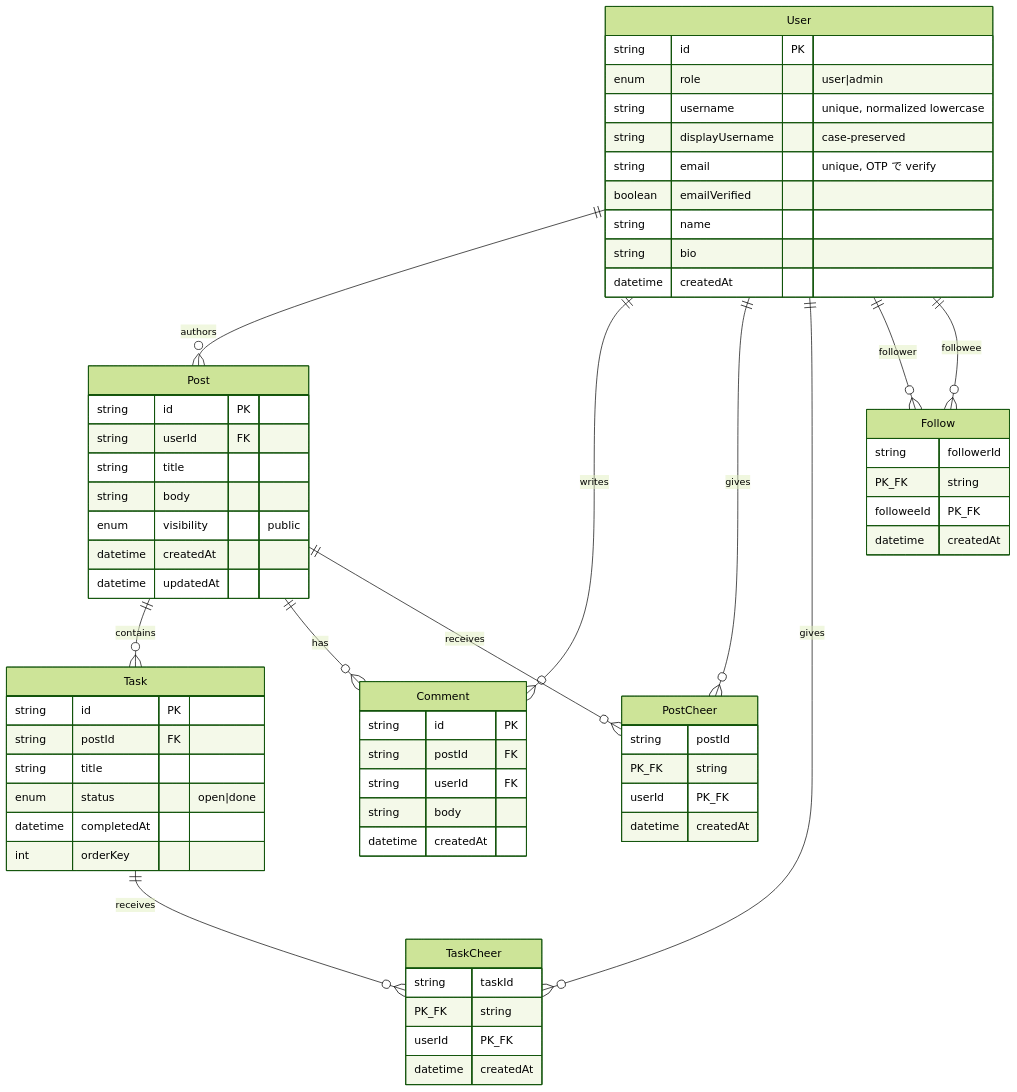
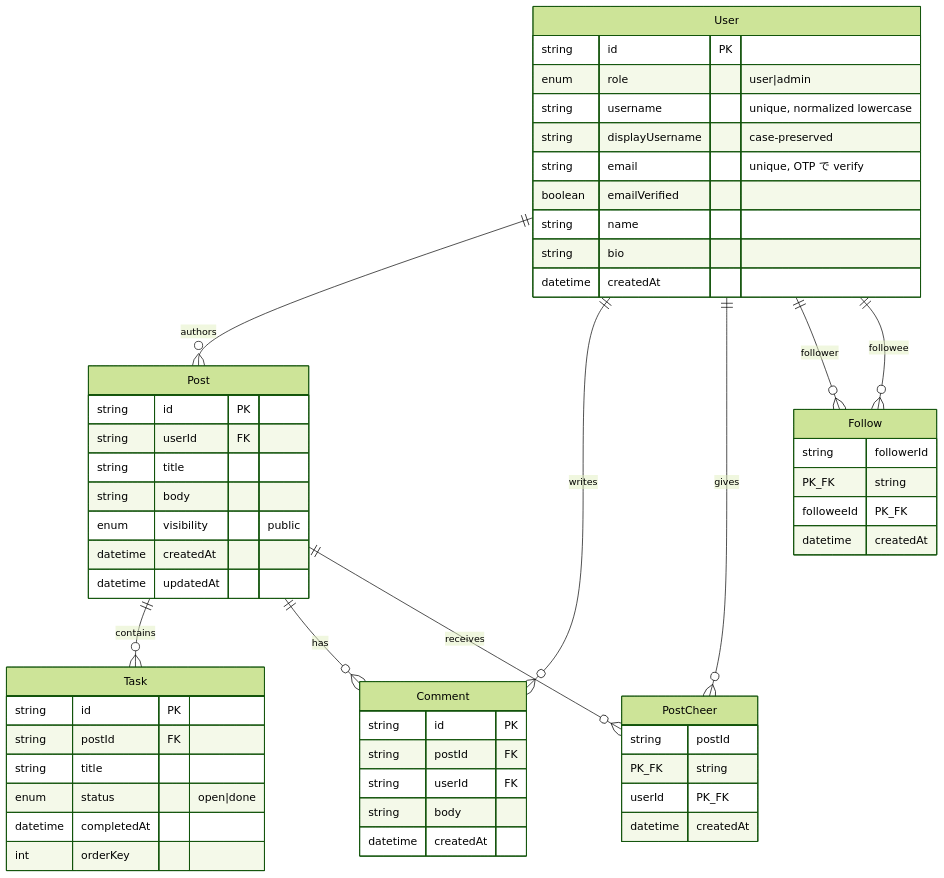
One commit to hwld/evodo-sns changed the second of 2 diagrams in docs/superpowers/specs/2026-05-09-initial-design.md. Above: the diagram before and after it, drawn with Mermaid (forest theme). The commit also changed other lines of this file, not shown here.

Commit message:
docs: Cheer を Post 単位のみに変更し TaskCheer を仕様から削除

````diff
--- a/docs/superpowers/specs/2026-05-09-initial-design.md
+++ b/docs/superpowers/specs/2026-05-09-initial-design.md
@@ -183,64 +183,57 @@
 ```mermaid
 erDiagram
     User ||--o{ Post : authors
     User ||--o{ Comment : writes
     User ||--o{ PostCheer : gives
-    User ||--o{ TaskCheer : gives
     User ||--o{ Follow : follower
     User ||--o{ Follow : followee
     Post ||--o{ Task : contains
     Post ||--o{ Comment : has
     Post ||--o{ PostCheer : receives
-    Task ||--o{ TaskCheer : receives
 
     User {
         string id PK
         enum role "user|admin"
         string username "unique, normalized lowercase"
         string displayUsername "case-preserved"
         string email "unique, OTP で verify"
         boolean emailVerified
         string name
         string bio
         datetime createdAt
     }
     Post {
         string id PK
         string userId FK
         string title
         string body
         enum visibility "public"
         datetime createdAt
         datetime updatedAt
     }
     Task {
         string id PK
         string postId FK
         string title
         enum status "open|done"
         datetime completedAt
         int orderKey
     }
     Comment {
         string id PK
         string postId FK
         string userId FK
         string body
         datetime createdAt
     }
     PostCheer {
         string postId PK_FK
         string userId PK_FK
         datetime createdAt
     }
-    TaskCheer {
-        string taskId PK_FK
-        string userId PK_FK
-        datetime createdAt
-    }
     Follow {
         string followerId PK_FK
         string followeeId PK_FK
         datetime createdAt
     }
 ```
````
